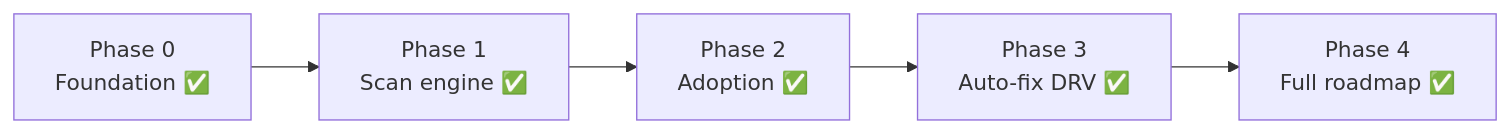
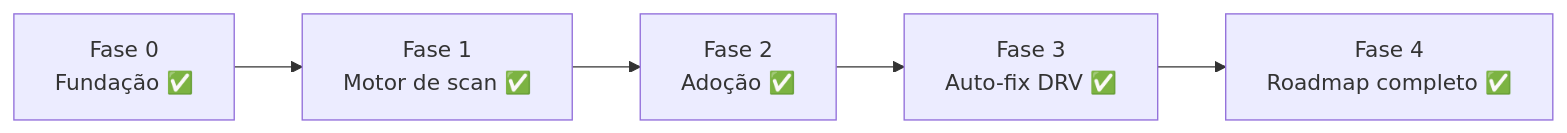
Before and after one commit to pablodlz/secpipe-ai: the fifth of 5 diagrams in README.md, drawn with Mermaid. The commit also changed other lines of this file, not shown here.

````diff
--- a/README.md
+++ b/README.md
@@ -338,4 +344,4 @@
 ```mermaid
 flowchart LR
-    P0["Phase 0<br/>Foundation ✅"] --> P1["Phase 1<br/>Scan engine ✅"] --> P2["Phase 2<br/>Adoption ✅"] --> P3["Phase 3<br/>Auto-fix DRV ✅"] --> P4["Phase 4<br/>Full roadmap ✅"]
+    P0["Fase 0<br/>Fundação ✅"] --> P1["Fase 1<br/>Motor de scan ✅"] --> P2["Fase 2<br/>Adoção ✅"] --> P3["Fase 3<br/>Auto-fix DRV ✅"] --> P4["Fase 4<br/>Roadmap completo ✅"]
 ```
````
